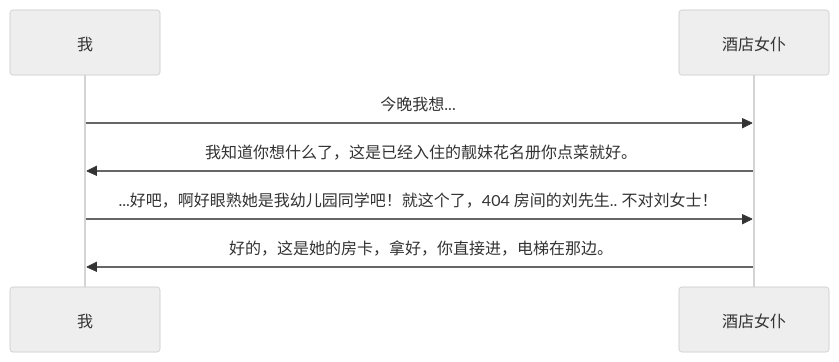
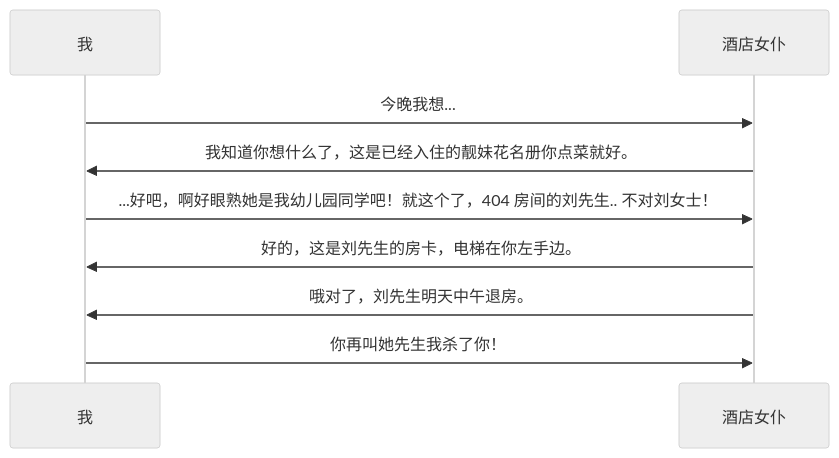
Before and after one commit to sb-child/sb-child: the first of 2 diagrams in content/posts/the-comments-system.md, drawn with Mermaid (neutral theme). The commit also changed other lines of this file, not shown here.

````diff
--- a/content/posts/the-comments-system.md
+++ b/content/posts/the-comments-system.md
@@ -21,7 +21,9 @@
 ```mermaid
 sequenceDiagram
     我->>酒店女仆: 今晚我想...
     酒店女仆->>我: 我知道你想什么了，这是已经入住的靓妹花名册你点菜就好。
     我->>酒店女仆: ...好吧，啊好眼熟她是我幼儿园同学吧！就这个了，404 房间的刘先生.. 不对刘女士！
-    酒店女仆->>我: 好的，这是她的房卡，拿好，你直接进，电梯在那边。
+    酒店女仆->>我: 好的，这是刘先生的房卡，电梯在你左手边。
+    酒店女仆->>我: 哦对了，刘先生明天中午退房。
+    我->>酒店女仆: 你再叫她先生我杀了你！
 ```
````
